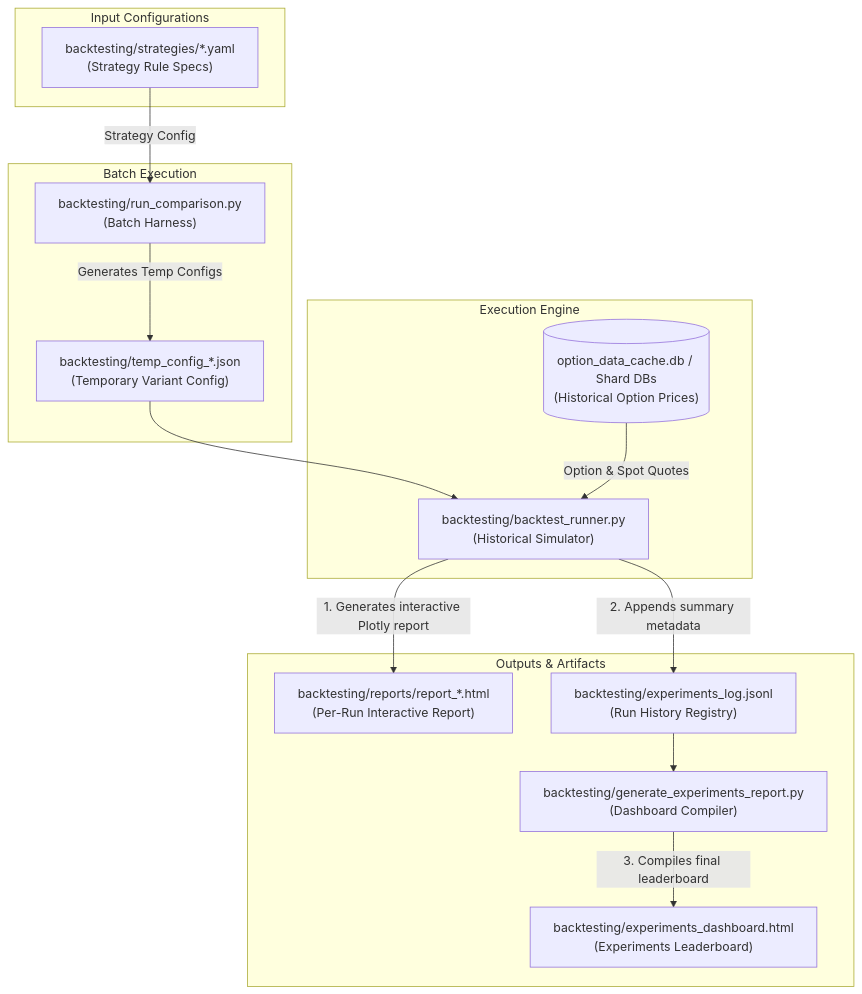
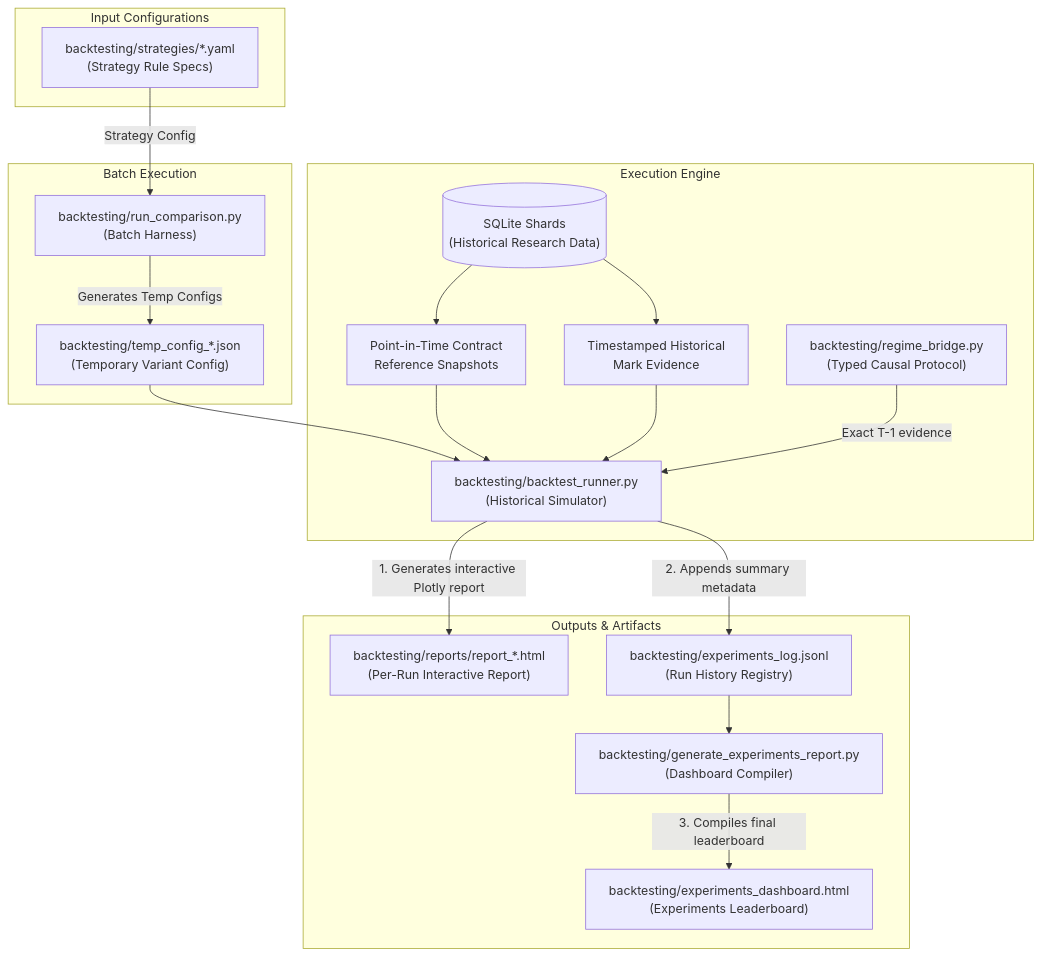
The first of 3 diagrams in etrade_python_client/docs/project_overview.md (tbt316/etrade_quant_trading), drawn with Mermaid before and after one commit. The commit also changed other lines of this file and 6 other files, not shown here.

````diff
--- a/etrade_python_client/docs/project_overview.md
+++ b/etrade_python_client/docs/project_overview.md
@@ -16,32 +26,39 @@
 ```mermaid
 flowchart TD
     subgraph Input Configurations
         YAML["backtesting/strategies/*.yaml<br/>(Strategy Rule Specs)"]
     end
 
     subgraph Batch Execution
         RC["backtesting/run_comparison.py<br/>(Batch Harness)"]
         TC["backtesting/temp_config_*.json<br/>(Temporary Variant Config)"]
     end
 
     subgraph Execution Engine
         BR["backtesting/backtest_runner.py<br/>(Historical Simulator)"]
-        Cache[("option_data_cache.db / Shard DBs<br/>(Historical Option Prices)")]
+        Cache[("SQLite Shards<br/>(Historical Research Data)")]
+        REF["Point-in-Time Contract<br/>Reference Snapshots"]
+        MARK["Timestamped Historical<br/>Mark Evidence"]
+        RB["backtesting/regime_bridge.py<br/>(Typed Causal Protocol)"]
     end
 
     subgraph Outputs & Artifacts
         REP["backtesting/reports/report_*.html<br/>(Per-Run Interactive Report)"]
         LOG["backtesting/experiments_log.jsonl<br/>(Run History Registry)"]
         GER["backtesting/generate_experiments_report.py<br/>(Dashboard Compiler)"]
         DASH["backtesting/experiments_dashboard.html<br/>(Experiments Leaderboard)"]
     end
 
     YAML -->|Strategy Config| RC
     RC -->|Generates Temp Configs| TC
     TC --> BR
-    Cache -->|Option & Spot Quotes| BR
+    Cache --> REF
+    Cache --> MARK
+    REF --> BR
+    MARK --> BR
+    RB -->|"Exact T-1 evidence"| BR
     BR -->|1. Generates interactive Plotly report| REP
     BR -->|2. Appends summary metadata| LOG
     LOG --> GER
     GER -->|3. Compiles final leaderboard| DASH
 ```
````
